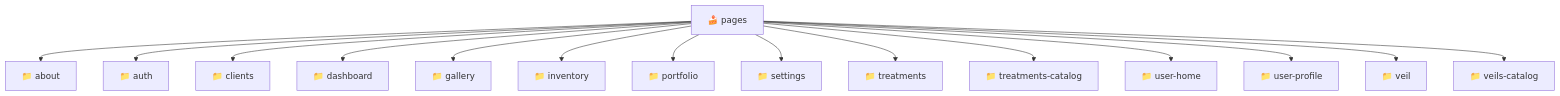
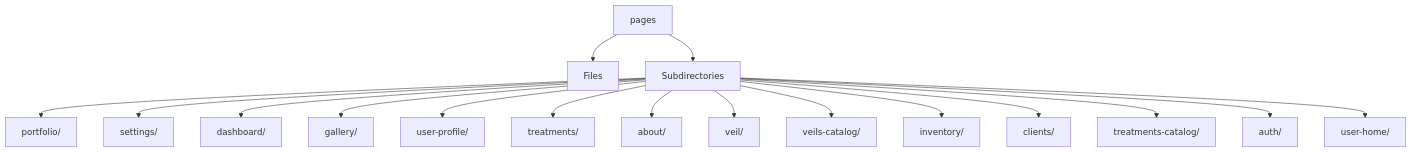
Before and after one commit to beginwebdev2002/fullstack-mavluda: the diagram in frontend/src/pages/README.md, drawn with Mermaid. The commit also changed other lines of this file and 167 other files, not shown here.

````diff
--- a/frontend/src/pages/README.md
+++ b/frontend/src/pages/README.md
@@ -11,18 +14,19 @@
 ```mermaid
 graph TD
-  pages["🍰 pages"]
-  pages --> about["📁 about"]
-  pages --> auth["📁 auth"]
-  pages --> clients["📁 clients"]
-  pages --> dashboard["📁 dashboard"]
-  pages --> gallery["📁 gallery"]
-  pages --> inventory["📁 inventory"]
-  pages --> portfolio["📁 portfolio"]
-  pages --> settings["📁 settings"]
-  pages --> treatments["📁 treatments"]
-  pages --> treatments_catalog["📁 treatments-catalog"]
-  pages --> user_home["📁 user-home"]
-  pages --> user_profile["📁 user-profile"]
-  pages --> veil["📁 veil"]
-  pages --> veils_catalog["📁 veils-catalog"]
+  pages --> Files
+  pages --> Subdirectories
+  Subdirectories --> portfolio[portfolio/]
+  Subdirectories --> settings[settings/]
+  Subdirectories --> dashboard[dashboard/]
+  Subdirectories --> gallery[gallery/]
+  Subdirectories --> user_profile[user-profile/]
+  Subdirectories --> treatments[treatments/]
+  Subdirectories --> about[about/]
+  Subdirectories --> veil[veil/]
+  Subdirectories --> veils_catalog[veils-catalog/]
+  Subdirectories --> inventory[inventory/]
+  Subdirectories --> clients[clients/]
+  Subdirectories --> treatments_catalog[treatments-catalog/]
+  Subdirectories --> auth[auth/]
+  Subdirectories --> user_home[user-home/]
 ```
````
